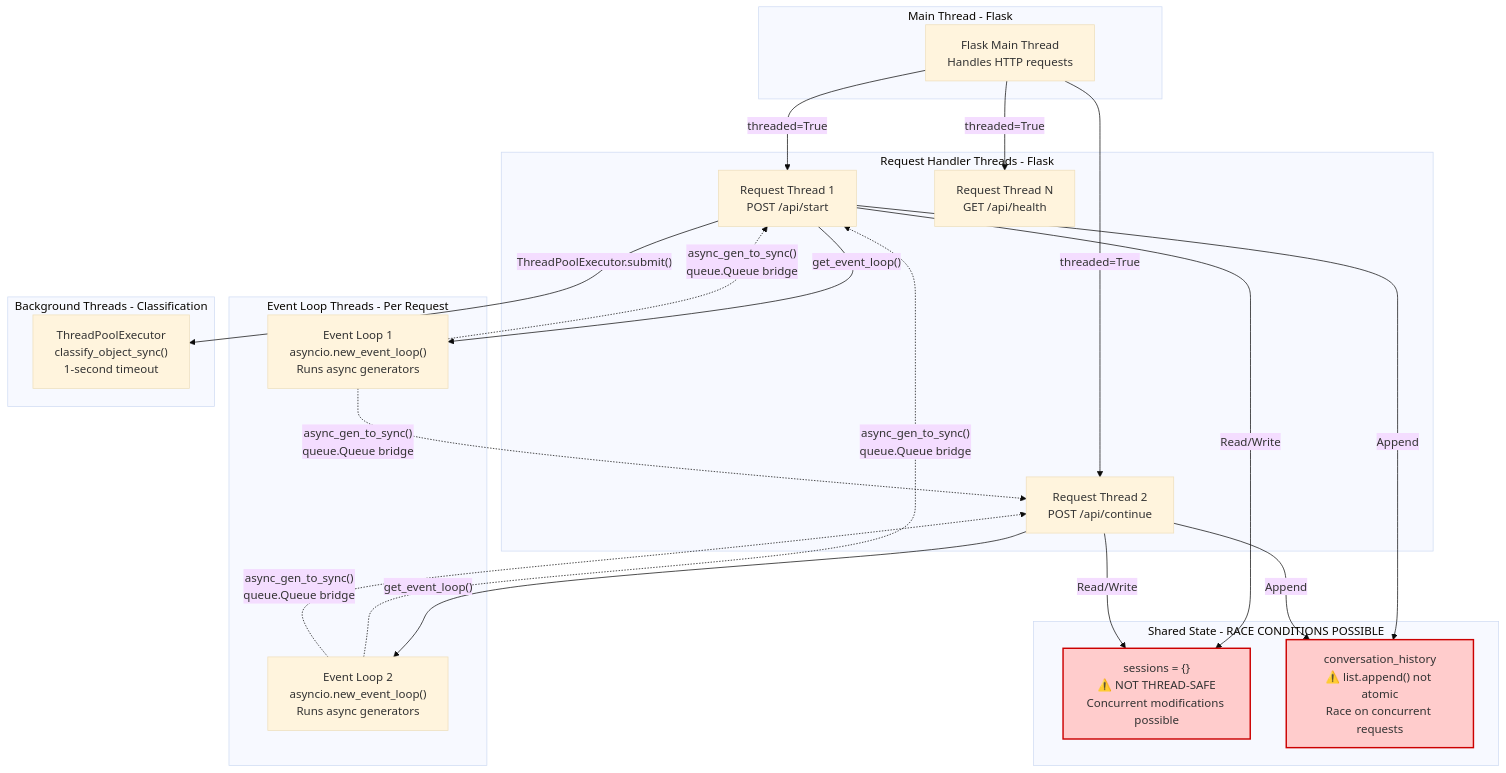
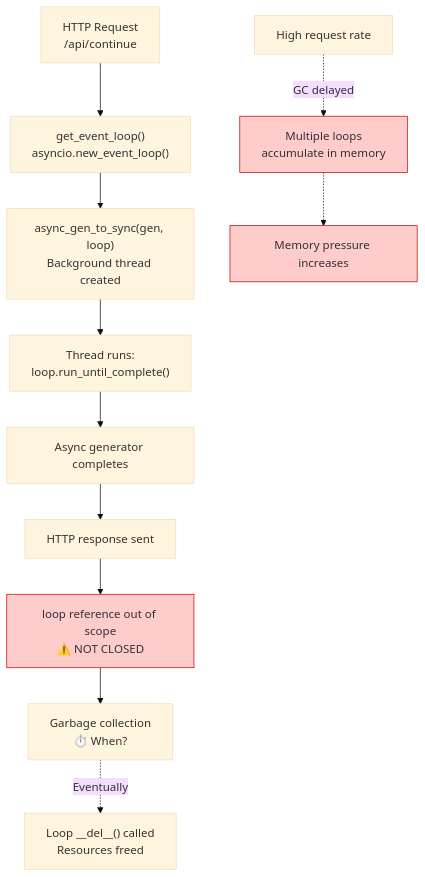
One commit to HuangJiaChen1/AI_ask_ask changed the seventh of 8 diagrams in Gemini/paixueji/OPERATIONAL_ARCHITECTURE.md. Above: the diagram before and after it, drawn with Mermaid (base theme). The commit also changed other lines of this file and 6 other files, not shown here.

````diff
--- a/Gemini/paixueji/OPERATIONAL_ARCHITECTURE.md
+++ b/Gemini/paixueji/OPERATIONAL_ARCHITECTURE.md
@@ -1083,41 +658,19 @@
 ```mermaid
 graph TB
-    subgraph "Main Thread - Flask"
-        FlaskMain["Flask Main Thread<br/>Handles HTTP requests"]
-    end
+    Request["HTTP Request<br/>/api/continue"] --> CreateLoop["get_event_loop()<br/>asyncio.new_event_loop()"]
+    CreateLoop --> Bridge["async_gen_to_sync(gen, loop)<br/>Background thread created"]
+    Bridge --> RunLoop["Thread runs:<br/>loop.run_until_complete()"]
+    RunLoop --> Complete["Async generator completes"]
+    Complete --> ReturnResponse["HTTP response sent"]
+    ReturnResponse --> LoopOrphan["loop reference out of scope<br/>⚠️ NOT CLOSED"]
+    LoopOrphan --> GC["Garbage collection<br/>⏱️ When?"]
 
-    subgraph "Request Handler Threads - Flask"
-        Thread1["Request Thread 1<br/>POST /api/start"]
-        Thread2["Request Thread 2<br/>POST /api/continue"]
-        ThreadN["Request Thread N<br/>GET /api/health"]
-    end
+    GC -.->|"Eventually"| Cleanup["Loop __del__() called<br/>Resources freed"]
 
-    subgraph "Event Loop Threads - Per Request"
-        Loop1["Event Loop 1<br/>asyncio.new_event_loop()<br/>Runs async generators"]
-        Loop2["Event Loop 2<br/>asyncio.new_event_loop()<br/>Runs async generators"]
-    end
+    HighLoad["High request rate"] -.->|"GC delayed"| LoopAccumulate["Multiple loops<br/>accumulate in memory"]
+    LoopAccumulate -.-> MemoryPressure["Memory pressure increases"]
 
-    subgraph "Background Threads - Classification"
-        ClassifyThread["ThreadPoolExecutor<br/>classify_object_sync()<br/>1-second timeout"]
-    end
-
-    subgraph "Shared State - RACE CONDITIONS POSSIBLE"
-        SessionsDict["sessions = {}<br/>⚠️ NOT THREAD-SAFE<br/>Concurrent modifications possible"]
-        ConvHistory["conversation_history<br/>⚠️ list.append() not atomic<br/>Race on concurrent requests"]
-    end
-
-    FlaskMain -->|"threaded=True"| Thread1 & Thread2 & ThreadN
-
-    Thread1 -->|"get_event_loop()"| Loop1
-    Thread2 -->|"get_event_loop()"| Loop2
-
-    Thread1 & Thread2 -->|"Read/Write"| SessionsDict
-    Thread1 & Thread2 -->|"Append"| ConvHistory
-
-    Thread1 -->|"ThreadPoolExecutor.submit()"| ClassifyThread
-
-    Loop1 & Loop2 -.->|"async_gen_to_sync()<br/>queue.Queue bridge"| Thread1 & Thread2
-
-    style SessionsDict fill:#ffcccc,stroke:#cc0000,stroke-width:2px
-    style ConvHistory fill:#ffcccc,stroke:#cc0000,stroke-width:2px
+    style LoopOrphan fill:#ffcccc,stroke:#cc0000
+    style LoopAccumulate fill:#ffcccc,stroke:#cc0000
+    style MemoryPressure fill:#ffcccc,stroke:#cc0000
 ```
````
